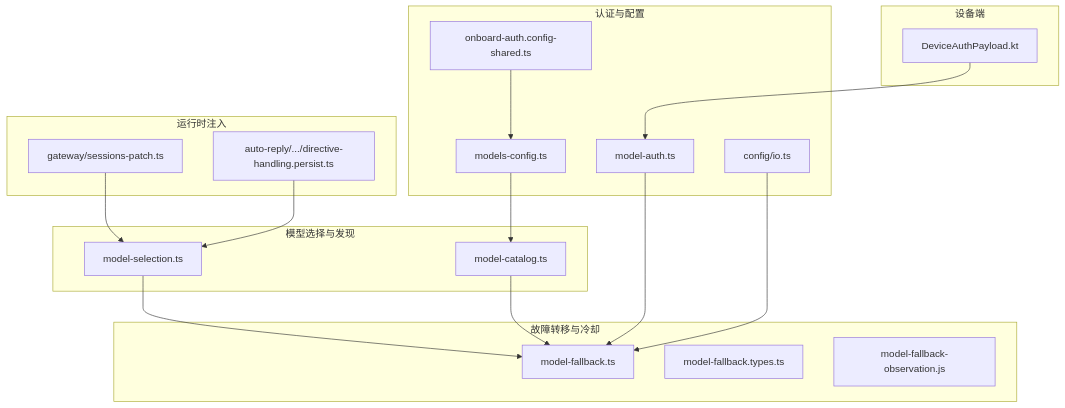
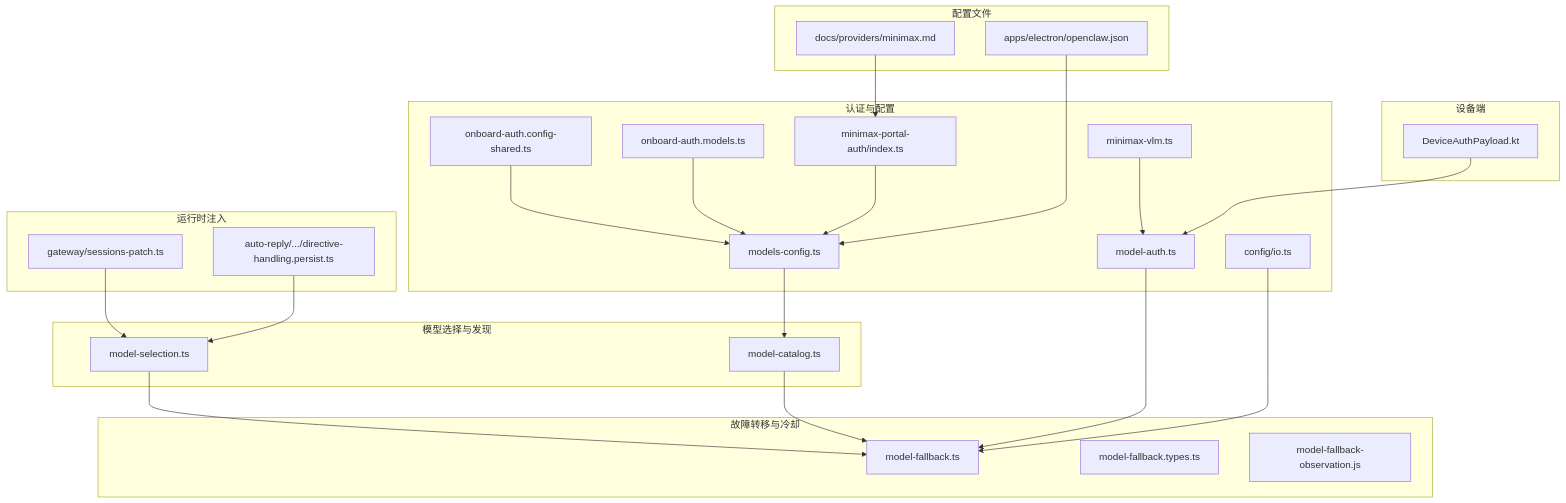
The first of 9 diagrams in .qoder/repowiki/zh/content/核心概念/模型管理.md (verse-ai-org/openclaw), drawn with Mermaid before and after one commit. The commit also changed other lines of this file and 32 other files, not shown here.

````diff
--- a/.qoder/repowiki/zh/content/核心概念/模型管理.md
+++ b/.qoder/repowiki/zh/content/核心概念/模型管理.md
@@ -54,34 +72,46 @@
 ```mermaid
 graph TB
 subgraph "模型选择与发现"
 MSel["model-selection.ts"]
 MCat["model-catalog.ts"]
 end
 subgraph "故障转移与冷却"
 MFall["model-fallback.ts"]
 MTypes["model-fallback.types.ts"]
 MObs["model-fallback-observation.js"]
 end
 subgraph "认证与配置"
 MAuth["model-auth.ts"]
 MConf["models-config.ts"]
 CfgIO["config/io.ts"]
 Onboard["onboard-auth.config-shared.ts"]
+MinimaxModels["onboard-auth.models.ts"]
+MinimaxPlugin["minimax-portal-auth/index.ts"]
+MinimaxVLM["minimax-vlm.ts"]
 end
 subgraph "运行时注入"
 SessPatch["gateway/sessions-patch.ts"]
 DirPersist["auto-reply/.../directive-handling.persist.ts"]
 end
 subgraph "设备端"
 DevAuth["DeviceAuthPayload.kt"]
 end
+subgraph "配置文件"
+OpenClawJSON["apps/electron/openclaw.json"]
+MinimaxDocs["docs/providers/minimax.md"]
+end
 MSel --> MFall
 MCat --> MFall
 MAuth --> MFall
 MConf --> MCat
 CfgIO --> MFall
 Onboard --> MConf
+MinimaxModels --> MConf
+MinimaxPlugin --> MConf
+MinimaxVLM --> MAuth
 SessPatch --> MSel
 DirPersist --> MSel
 DevAuth --> MAuth
+OpenClawJSON --> MConf
+MinimaxDocs --> MinimaxPlugin
 ```
````
